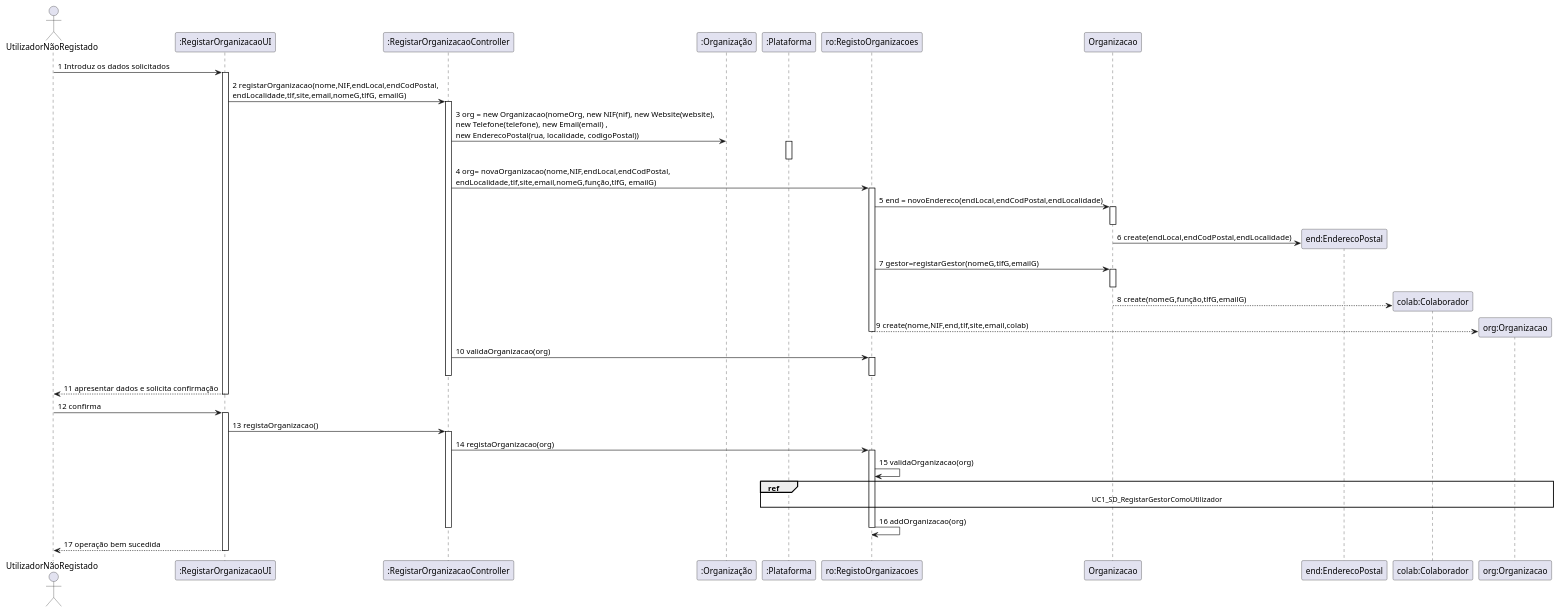
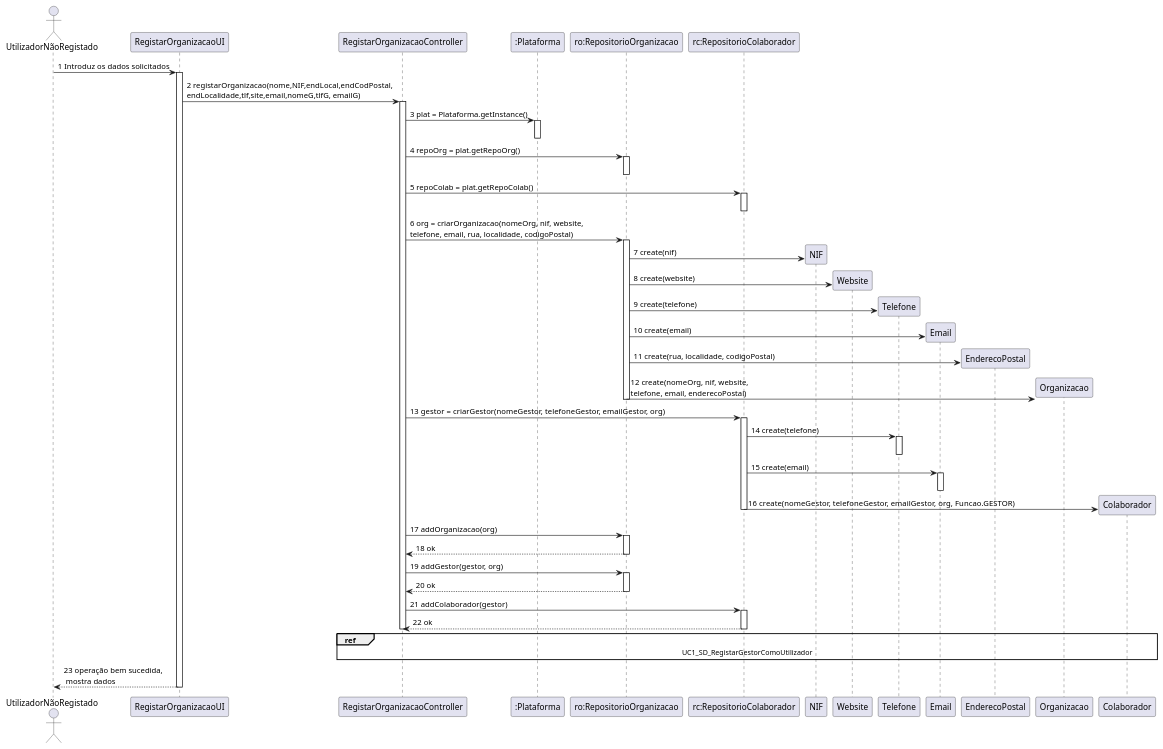
Before and after one commit to pedro-miguez/upskill_java1_labprg_grupo3: the diagram in Sprint 2/UC1_Registar_Organização/UC1-SequenceDiagram.plantuml, drawn with PlantUML. The commit also changed 16 other files, not shown here.

```diff
--- a/Sprint 2/UC1_Registar_Organização/UC1-SequenceDiagram.plantuml
+++ b/Sprint 2/UC1_Registar_Organização/UC1-SequenceDiagram.plantuml
@@ -1,41 +1,51 @@
 @startuml 
 actor UtilizadorNãoRegistado as UtilizadorNãoRegistado
-UtilizadorNãoRegistado -> ":RegistarOrganizacaoUI" : 1 Introduz os dados solicitados
-activate ":RegistarOrganizacaoUI"
-":RegistarOrganizacaoUI" -> ":RegistarOrganizacaoController" : 2 registarOrganizacao(nome,NIF,endLocal,endCodPostal,\nendLocalidade,tlf,site,email,nomeG,tlfG, emailG)
-activate ":RegistarOrganizacaoController"
-":RegistarOrganizacaoController" -> ":Organização" : 3 org = new Organizacao(nomeOrg, new NIF(nif), new Website(website), \nnew Telefone(telefone), new Email(email) , \nnew EnderecoPostal(rua, localidade, codigoPostal))
+UtilizadorNãoRegistado -> "RegistarOrganizacaoUI" : 1 Introduz os dados solicitados
+activate "RegistarOrganizacaoUI"
+"RegistarOrganizacaoUI" -> "RegistarOrganizacaoController" : 2 registarOrganizacao(nome,NIF,endLocal,endCodPostal,\nendLocalidade,tlf,site,email,nomeG,tlfG, emailG)
+activate "RegistarOrganizacaoController"
+"RegistarOrganizacaoController" -> ":Plataforma" : 3 plat = Plataforma.getInstance()
 activate ":Plataforma"
 deactivate ":Plataforma"
-":RegistarOrganizacaoController" -> "ro:RegistoOrganizacoes" : 4 org= novaOrganizacao(nome,NIF,endLocal,endCodPostal,\nendLocalidade,tlf,site,email,nomeG,função,tlfG, emailG)
-activate "ro:RegistoOrganizacoes"
-"ro:RegistoOrganizacoes" -> Organizacao : 5 end = novoEndereco(endLocal,endCodPostal,endLocalidade)
-activate Organizacao
-deactivate Organizacao
-Organizacao -> "end:EnderecoPostal" ** : 6  create(endLocal,endCodPostal,endLocalidade)
-"ro:RegistoOrganizacoes" -> Organizacao : 7 gestor=registarGestor(nomeG,tlfG,emailG)
-activate Organizacao
-deactivate Organizacao
-Organizacao --> "colab:Colaborador" ** : 8 create(nomeG,função,tlfG,emailG)
-"ro:RegistoOrganizacoes" --> "org:Organizacao" ** : 9 create(nome,NIF,end,tlf,site,email,colab)
-deactivate "ro:RegistoOrganizacoes"
-":RegistarOrganizacaoController" -> "ro:RegistoOrganizacoes" : 10 validaOrganizacao(org)
-activate "ro:RegistoOrganizacoes"
-deactivate "ro:RegistoOrganizacoes"
-deactivate ":RegistarOrganizacaoController"
-":RegistarOrganizacaoUI" --> UtilizadorNãoRegistado : 11 apresentar dados e solicita confirmação
-deactivate ":RegistarOrganizacaoUI"
-UtilizadorNãoRegistado -> ":RegistarOrganizacaoUI" : 12 confirma
-activate ":RegistarOrganizacaoUI"
-":RegistarOrganizacaoUI" -> ":RegistarOrganizacaoController" : 13 registaOrganizacao()
-activate ":RegistarOrganizacaoController"
-":RegistarOrganizacaoController" -> "ro:RegistoOrganizacoes" : 14 registaOrganizacao(org)
-activate "ro:RegistoOrganizacoes"
-"ro:RegistoOrganizacoes" -> "ro:RegistoOrganizacoes" : 15 validaOrganizacao(org)
-ref over ":Plataforma", "org:Organizacao" : UC1_SD_RegistarGestorComoUtilizador
-"ro:RegistoOrganizacoes" -> "ro:RegistoOrganizacoes" : 16 addOrganizacao(org)
-deactivate "ro:RegistoOrganizacoes"
-deactivate ":RegistarOrganizacaoController"
-":RegistarOrganizacaoUI" --> UtilizadorNãoRegistado : 17 operação bem sucedida
-deactivate ":RegistarOrganizacaoUI"
+"RegistarOrganizacaoController" -> "ro:RepositorioOrganizacao" : 4 repoOrg = plat.getRepoOrg()
+activate "ro:RepositorioOrganizacao"
+deactivate "ro:RepositorioOrganizacao"
+"RegistarOrganizacaoController" -> "rc:RepositorioColaborador" : 5 repoColab = plat.getRepoColab()
+activate "rc:RepositorioColaborador"
+deactivate "rc:RepositorioColaborador"
+"RegistarOrganizacaoController" -> "ro:RepositorioOrganizacao" : 6 org = criarOrganizacao(nomeOrg, nif, website, \ntelefone, email, rua, localidade, codigoPostal)
+activate "ro:RepositorioOrganizacao"
+"ro:RepositorioOrganizacao" -> NIF ** : 7 create(nif)
+"ro:RepositorioOrganizacao" -> Website ** : 8 create(website)
+"ro:RepositorioOrganizacao" -> Telefone ** : 9 create(telefone)
+"ro:RepositorioOrganizacao" -> Email ** : 10 create(email)
+"ro:RepositorioOrganizacao" -> EnderecoPostal ** : 11 create(rua, localidade, codigoPostal)
+"ro:RepositorioOrganizacao" -> Organizacao ** : 12 create(nomeOrg, nif, website, \ntelefone, email, enderecoPostal)
+deactivate "ro:RepositorioOrganizacao"
+"RegistarOrganizacaoController" -> "rc:RepositorioColaborador" : 13 gestor = criarGestor(nomeGestor, telefoneGestor, emailGestor, org)
+activate "rc:RepositorioColaborador"
+"rc:RepositorioColaborador" -> Telefone : 14 create(telefone)
+activate Telefone
+deactivate Telefone
+"rc:RepositorioColaborador" -> Email : 15 create(email)
+activate Email
+deactivate Email
+"rc:RepositorioColaborador" -> Colaborador ** : 16 create(nomeGestor, telefoneGestor, emailGestor, org, Funcao.GESTOR)
+deactivate "rc:RepositorioColaborador"
+"RegistarOrganizacaoController" -> "ro:RepositorioOrganizacao" : 17 addOrganizacao(org)
+activate "ro:RepositorioOrganizacao"
+"RegistarOrganizacaoController" <-- "ro:RepositorioOrganizacao" : 18 ok
+deactivate "ro:RepositorioOrganizacao"
+"RegistarOrganizacaoController" -> "ro:RepositorioOrganizacao" : 19 addGestor(gestor, org)
+activate "ro:RepositorioOrganizacao"
+"RegistarOrganizacaoController" <-- "ro:RepositorioOrganizacao" : 20 ok
+deactivate "ro:RepositorioOrganizacao"
+"RegistarOrganizacaoController" -> "rc:RepositorioColaborador" : 21 addColaborador(gestor)
+activate "rc:RepositorioColaborador"
+"RegistarOrganizacaoController" <-- "rc:RepositorioColaborador" : 22 ok
+deactivate "rc:RepositorioColaborador"
+ref over RegistarOrganizacaoController, Colaborador : UC1_SD_RegistarGestorComoUtilizador
+deactivate "RegistarOrganizacaoController"
+"RegistarOrganizacaoUI" --> UtilizadorNãoRegistado : 23 operação bem sucedida, \n mostra dados
+deactivate "RegistarOrganizacaoUI"
 @enduml
```
